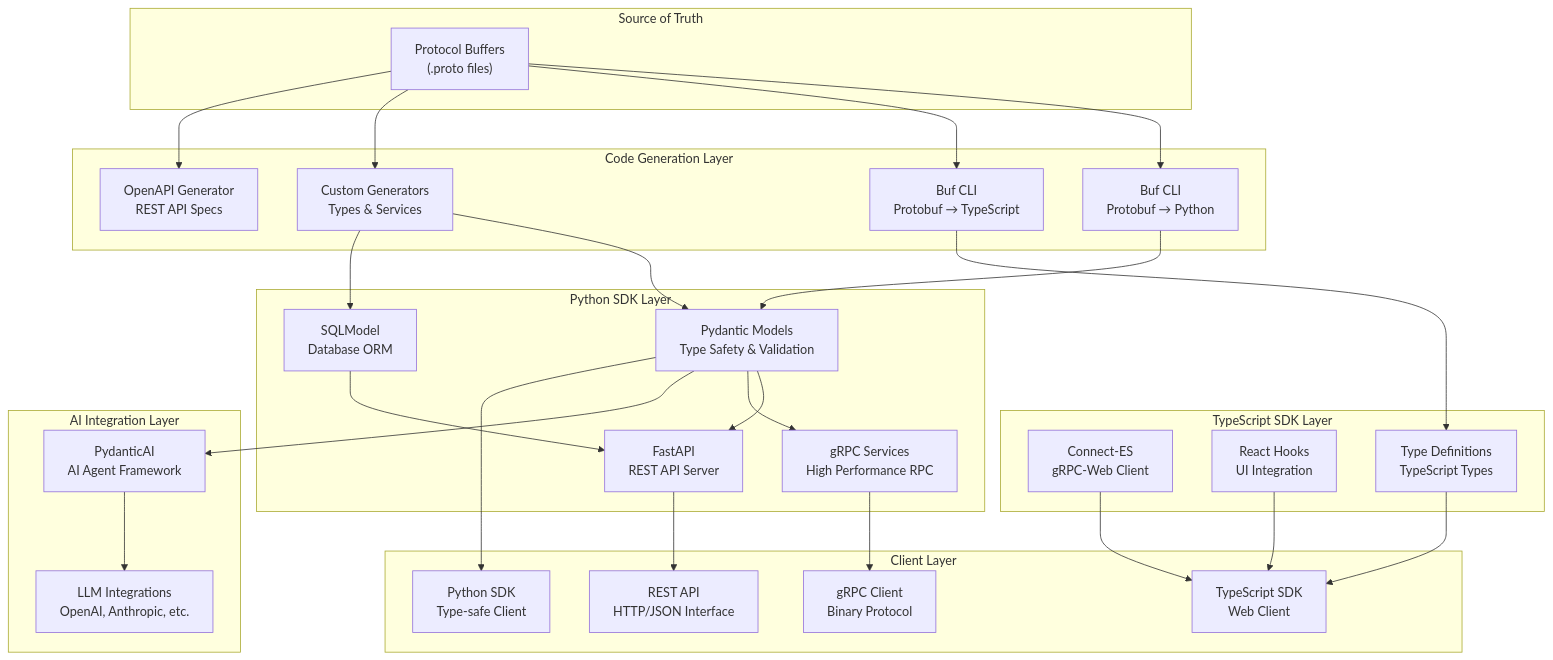
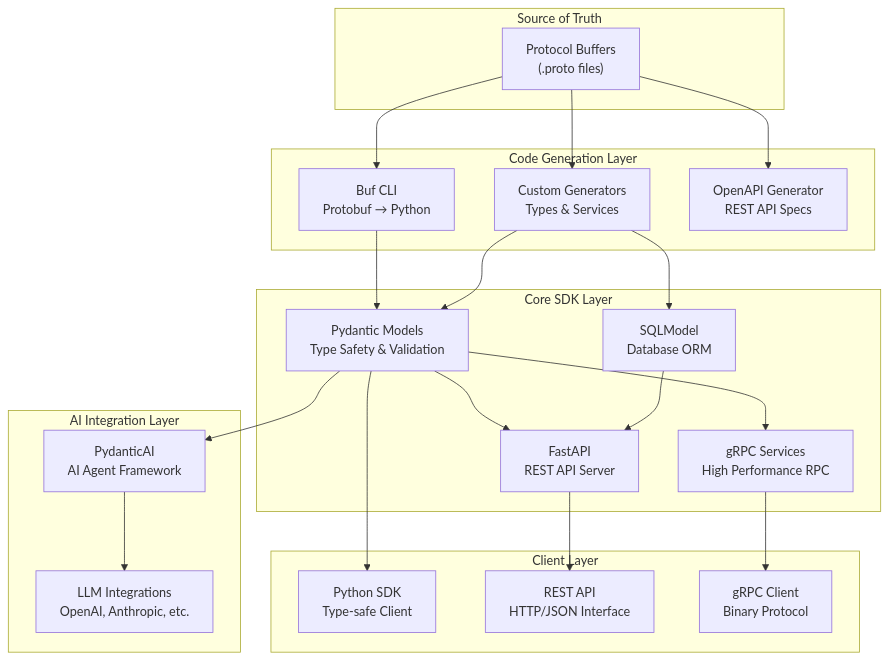
Before and after one commit to prometheus88/pfsdk: the first of 7 diagrams in docs/ARCHITECTURE.md, drawn with Mermaid. The commit also changed other lines of this file and 4 other files, not shown here.

````diff
--- a/docs/ARCHITECTURE.md
+++ b/docs/ARCHITECTURE.md
@@ -17,58 +9,45 @@
 ```mermaid
 graph TB
     subgraph "Source of Truth"
         A[Protocol Buffers<br/>&lpar;.proto files&rpar;]
     end
     
     subgraph "Code Generation Layer"
         B[Buf CLI<br/>Protobuf → Python]
-        C[Buf CLI<br/>Protobuf → TypeScript]
-        D[Custom Generators<br/>Types & Services]
-        E[OpenAPI Generator<br/>REST API Specs]
+        C[Custom Generators<br/>Types & Services]
+        D[OpenAPI Generator<br/>REST API Specs]
     end
     
-    subgraph "Python SDK Layer"
-        F[Pydantic Models<br/>Type Safety & Validation]
-        G[SQLModel<br/>Database ORM]
-        H[FastAPI<br/>REST API Server]
-        I[gRPC Services<br/>High Performance RPC]
-    end
-    
-    subgraph "TypeScript SDK Layer"
-        J[Connect-ES<br/>gRPC-Web Client]
-        K[React Hooks<br/>UI Integration]
-        L[Type Definitions<br/>TypeScript Types]
+    subgraph "Core SDK Layer"
+        E[Pydantic Models<br/>Type Safety & Validation]
+        F[SQLModel<br/>Database ORM]
+        G[FastAPI<br/>REST API Server]
+        H[gRPC Services<br/>High Performance RPC]
     end
     
     subgraph "AI Integration Layer"
-        M[PydanticAI<br/>AI Agent Framework]
-        N[LLM Integrations<br/>OpenAI, Anthropic, etc.]
+        I[PydanticAI<br/>AI Agent Framework]
+        J[LLM Integrations<br/>OpenAI, Anthropic, etc.]
     end
     
     subgraph "Client Layer"
-        O[Python SDK<br/>Type-safe Client]
-        P[TypeScript SDK<br/>Web Client]
-        Q[REST API<br/>HTTP/JSON Interface]
-        R[gRPC Client<br/>Binary Protocol]
+        K[Python SDK<br/>Type-safe Client]
+        L[REST API<br/>HTTP/JSON Interface]
+        M[gRPC Client<br/>Binary Protocol]
     end
     
     A --> B
     A --> C
     A --> D
-    A --> E
-    B --> F
-    C --> L
-    D --> F
-    D --> G
-    F --> H
-    F --> I
-    F --> M
-    G --> H
-    M --> N
-    F --> O
-    L --> P
-    J --> P
-    K --> P
-    H --> Q
-    I --> R
+    B --> E
+    C --> E
+    C --> F
+    E --> G
+    E --> H
+    E --> I
+    F --> G
+    I --> J
+    E --> K
+    G --> L
+    H --> M
 ```
````
